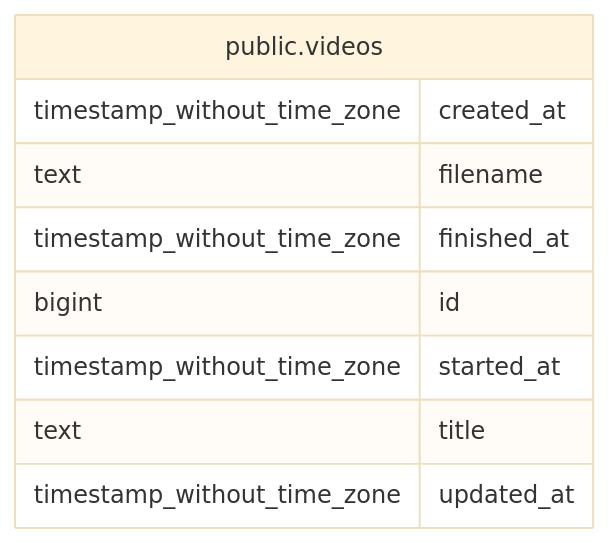
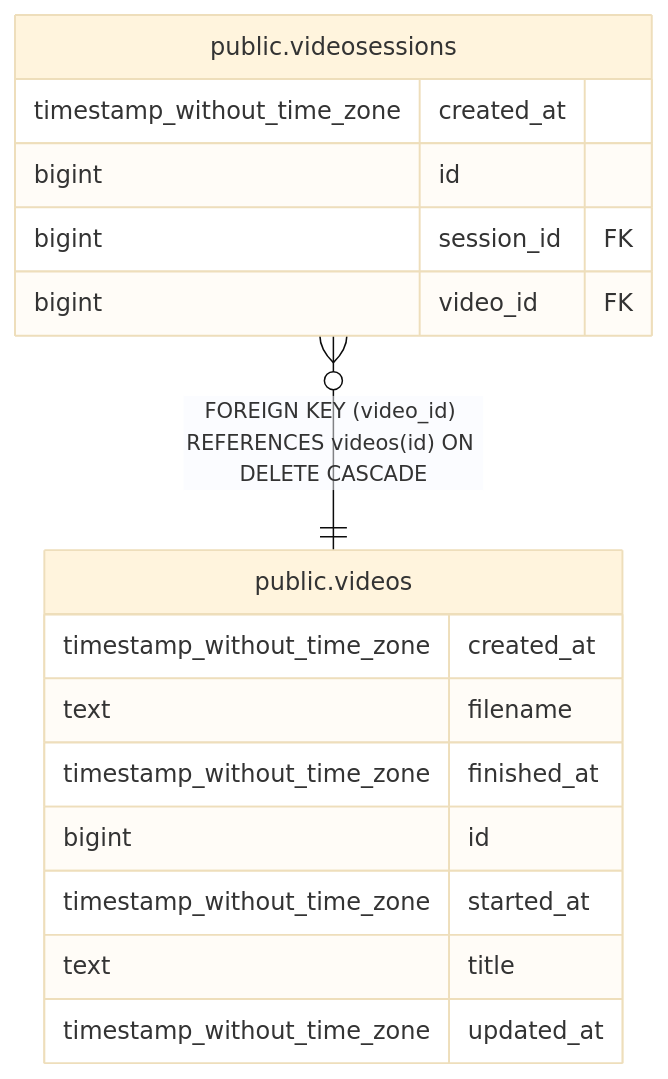
The diagram in backend/docs/db/public.videos.md (kijimad/tv), drawn with Mermaid (base theme) before and after one commit. The commit also changed other lines of this file and 5 other files, not shown here.

````diff
--- a/backend/docs/db/public.videos.md
+++ b/backend/docs/db/public.videos.md
@@ -42,14 +42,21 @@
 ```mermaid
 erDiagram
 
+"public.videosessions" }o--|| "public.videos" : "FOREIGN KEY (video_id) REFERENCES videos(id) ON DELETE CASCADE"
 
 "public.videos" {
   timestamp_without_time_zone created_at
   text filename
   timestamp_without_time_zone finished_at
   bigint id
   timestamp_without_time_zone started_at
   text title
   timestamp_without_time_zone updated_at
 }
+"public.videosessions" {
+  timestamp_without_time_zone created_at
+  bigint id
+  bigint session_id FK
+  bigint video_id FK
+}
 ```
````
